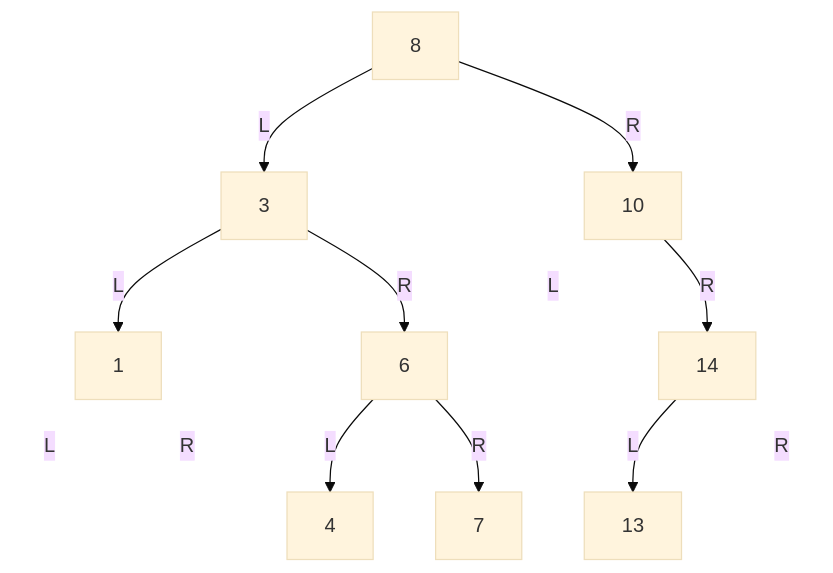
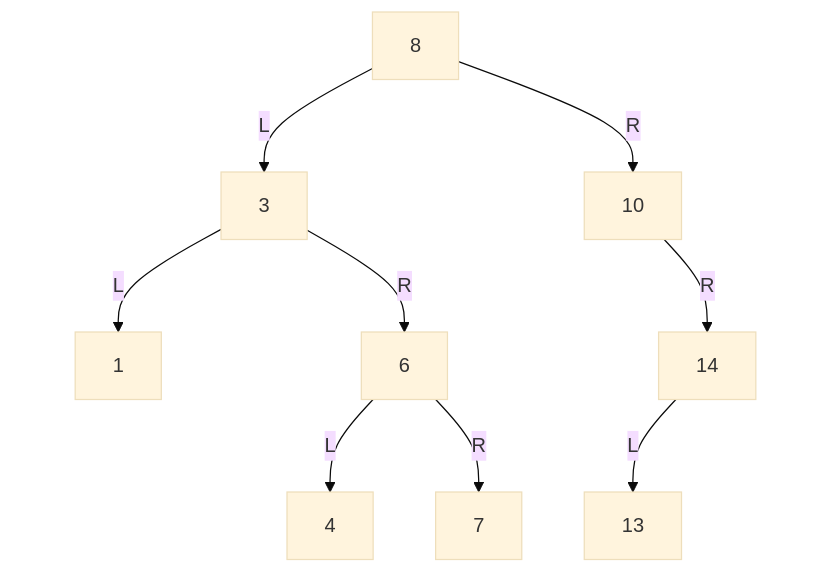
The first of 6 diagrams in knowledge/linux/data_structures/红黑树_rb-tree/P03_二叉搜索树_BST.md (FormingSystem/linux_note), drawn with Mermaid (base theme) before and after one commit. The commit also changed other lines of this file and 3 other files, not shown here.

````diff
--- a/knowledge/linux/data_structures/红黑树_rb-tree/P03_二叉搜索树_BST.md
+++ b/knowledge/linux/data_structures/红黑树_rb-tree/P03_二叉搜索树_BST.md
@@ -83,46 +83,46 @@
 ```mermaid
 graph TD
 		A["8"]
 
 		B["3"]
 		C["10"]
 
 		D["1"]
 		E["6"]
 		C_L[" "]
 		F["14"]
 
 		D_L[" "]
 		D_R[" "]
 		G["4"]
 		H["7"]
 		I["13"]
 		F_R[" "]
 
 	A -->|L| B
 	A -->|R| C
 
 	B -->|L| D
 	B -->|R| E
 
-	C -->|L| C_L
+	C --> C_L
 	C -->|R| F
 
-	D -->|L| D_L
-	D -->|R| D_R
+	D --> D_L
+	D --> D_R
 
 	E -->|L| G
 	E -->|R| H
 
 	F -->|L| I
-	F -->|R| F_R
+	F --> F_R
 
 	classDef ghost fill:transparent,stroke:transparent,color:transparent;
 	class C_L,D_L,D_R,F_R ghost;
 
 
 	linkStyle 4 stroke:transparent;
 	linkStyle 6 stroke:transparent;
 	linkStyle 7 stroke:transparent;
 	linkStyle 11 stroke:transparent;
 ```
````
